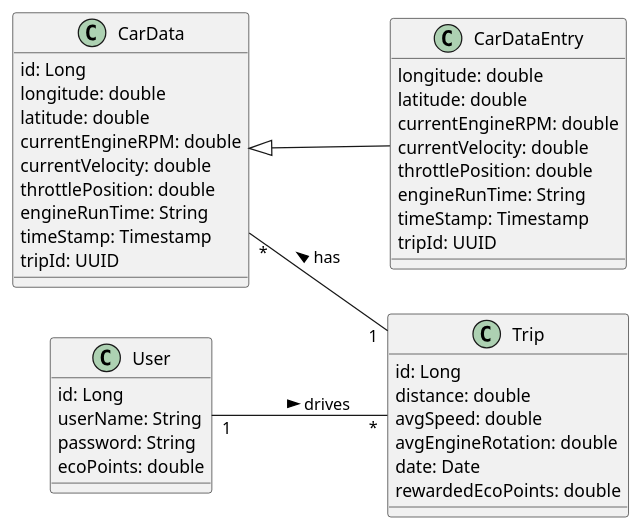
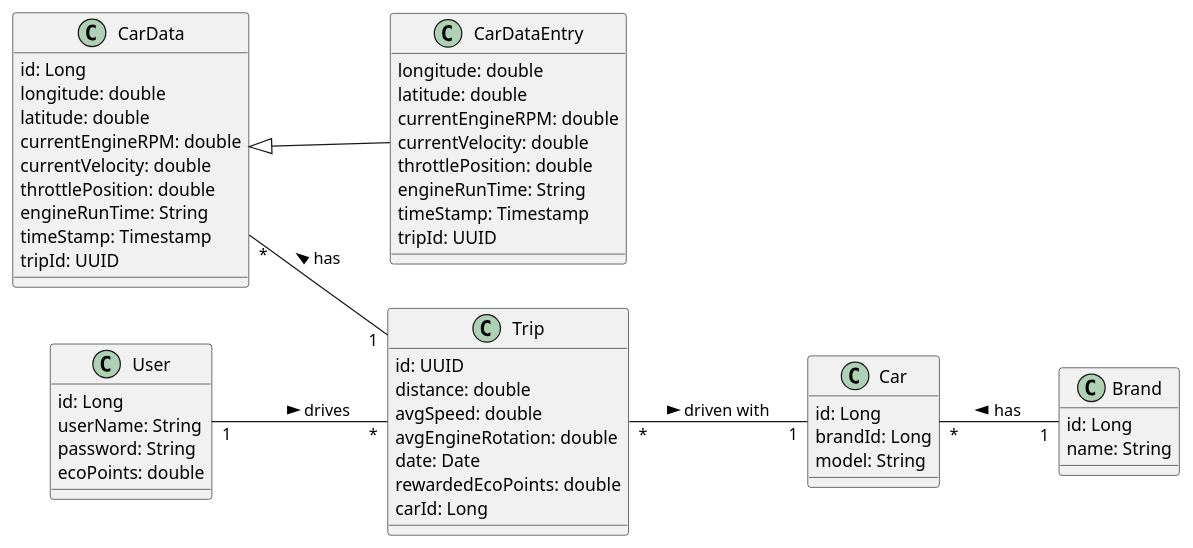
Before and after one commit to 2324-4bhif-syp/2324-4bhif-syp-project-ecopoints: the diagram in asciidocs/docs/plantuml/cld.puml, drawn with PlantUML. The commit also changed 1 other file, not shown here.

Commit message:
244bep-7 | added Car and Brand to cld

```diff
--- a/asciidocs/docs/plantuml/cld.puml
+++ b/asciidocs/docs/plantuml/cld.puml
@@ -1,47 +1,61 @@
 @startuml
 left to right direction
 
 class User{
     id: Long
     userName: String
     password: String
     ecoPoints: double
 }
 
 class Trip {
-    id: Long
+    id: UUID
     distance: double
     avgSpeed: double
     avgEngineRotation: double
     date: Date
     rewardedEcoPoints: double
+    carId: Long
+}
+
+class Brand {
+    id: Long
+    name: String
+}
+
+class Car {
+    id: Long
+    brandId: Long
+    model: String
 }
 
 class CarData {
     id: Long
     longitude: double
     latitude: double
     currentEngineRPM: double
     currentVelocity: double
     throttlePosition: double
     engineRunTime: String
     timeStamp: Timestamp
     tripId: UUID
 }
 
 class CarDataEntry {
     longitude: double
     latitude: double
     currentEngineRPM: double
     currentVelocity: double
     throttlePosition: double
     engineRunTime: String
     timeStamp: Timestamp
     tripId: UUID
 }
 
 
 User "1" -- "*" Trip : > drives
 CarData "*" -- "1"  Trip : < has
 CarDataEntry -u-|> CarData
+Trip "*" -- "1" Car : > driven with
+Car "*" -- "1" Brand : < has
 @enduml
```
